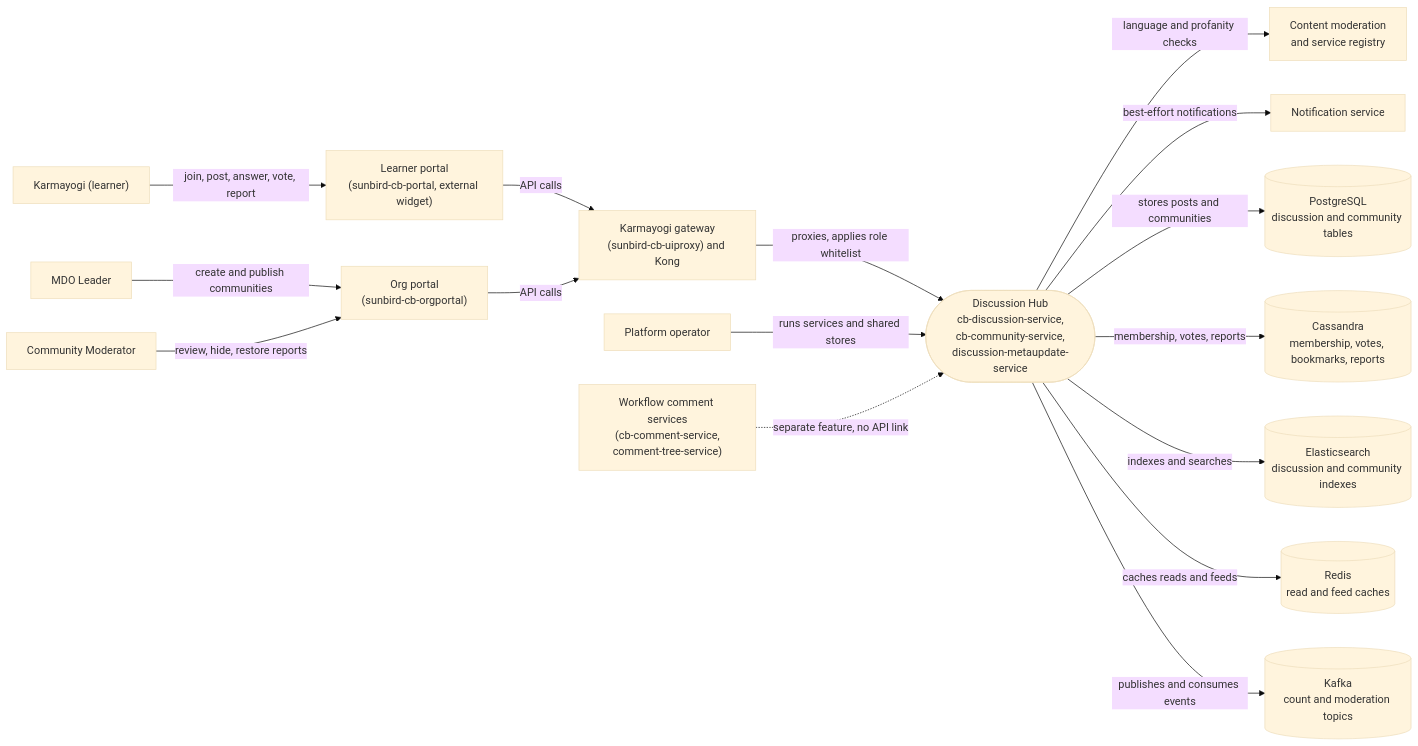
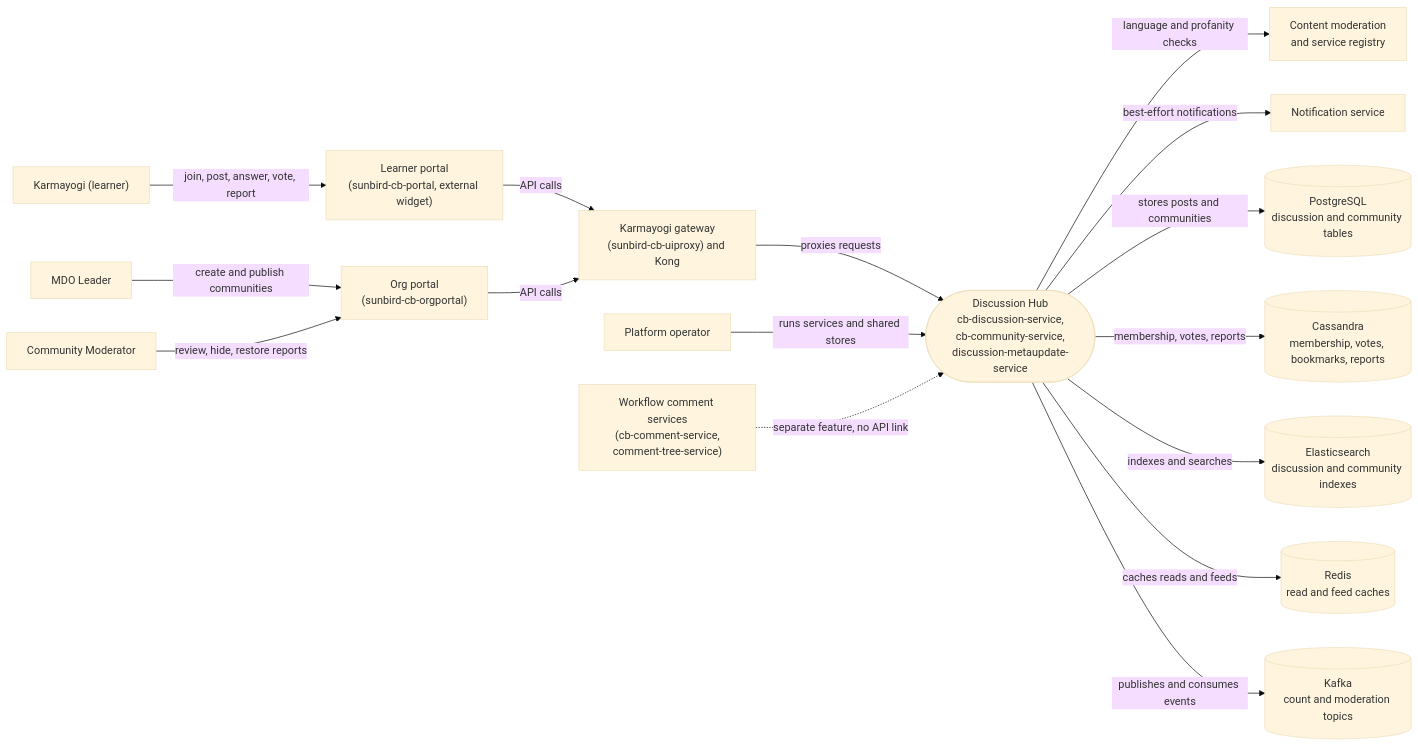
One commit to KB-iGOT/igot-docs changed the diagram in docs/learning-hub/discussion-hub/context-diagram.md. Above: the diagram before and after it, drawn with Mermaid (base theme). The commit also changed other lines of this file and 1 other file, not shown here.

Commit message:
security(3/5): remove role-whitelist wording from context diagrams
Categories removed: gateway role-whitelist / access-rule description.
Proxy and routing description kept.

To undo: git revert <this commit>

````diff
--- a/docs/learning-hub/discussion-hub/context-diagram.md
+++ b/docs/learning-hub/discussion-hub/context-diagram.md
@@ -14,39 +14,39 @@
 ```mermaid
 flowchart LR
     KRM["Karmayogi (learner)"]
     MDO["MDO Leader"]
     MOD["Community Moderator"]
     OPS["Platform operator"]
 
     LP["Learner portal<br/>(sunbird-cb-portal, external widget)"]
     OP["Org portal<br/>(sunbird-cb-orgportal)"]
     GW["Karmayogi gateway<br/>(sunbird-cb-uiproxy) and Kong"]
     MODS["Content moderation<br/>and service registry"]
     NTF["Notification service"]
     CMT["Workflow comment services<br/>(cb-comment-service,<br/>comment-tree-service)"]
 
     DH(["Discussion Hub<br/>cb-discussion-service,<br/>cb-community-service,<br/>discussion-metaupdate-service"])
 
     PG[("PostgreSQL<br/>discussion and community tables")]
     CAS[("Cassandra<br/>membership, votes, bookmarks, reports")]
     ES[("Elasticsearch<br/>discussion and community indexes")]
     RD[("Redis<br/>read and feed caches")]
     KAF[("Kafka<br/>count and moderation topics")]
 
     KRM -->|"join, post, answer, vote, report"| LP
     MDO -->|"create and publish communities"| OP
     MOD -->|"review, hide, restore reports"| OP
     LP -->|"API calls"| GW
     OP -->|"API calls"| GW
-    GW -->|"proxies, applies role whitelist"| DH
+    GW -->|"proxies requests"| DH
     OPS -->|"runs services and shared stores"| DH
 
     DH -->|"language and profanity checks"| MODS
     DH -->|"best-effort notifications"| NTF
     DH -->|"stores posts and communities"| PG
     DH -->|"membership, votes, reports"| CAS
     DH -->|"indexes and searches"| ES
     DH -->|"caches reads and feeds"| RD
     DH -->|"publishes and consumes events"| KAF
     CMT -.->|"separate feature, no API link"| DH
 ```
````
